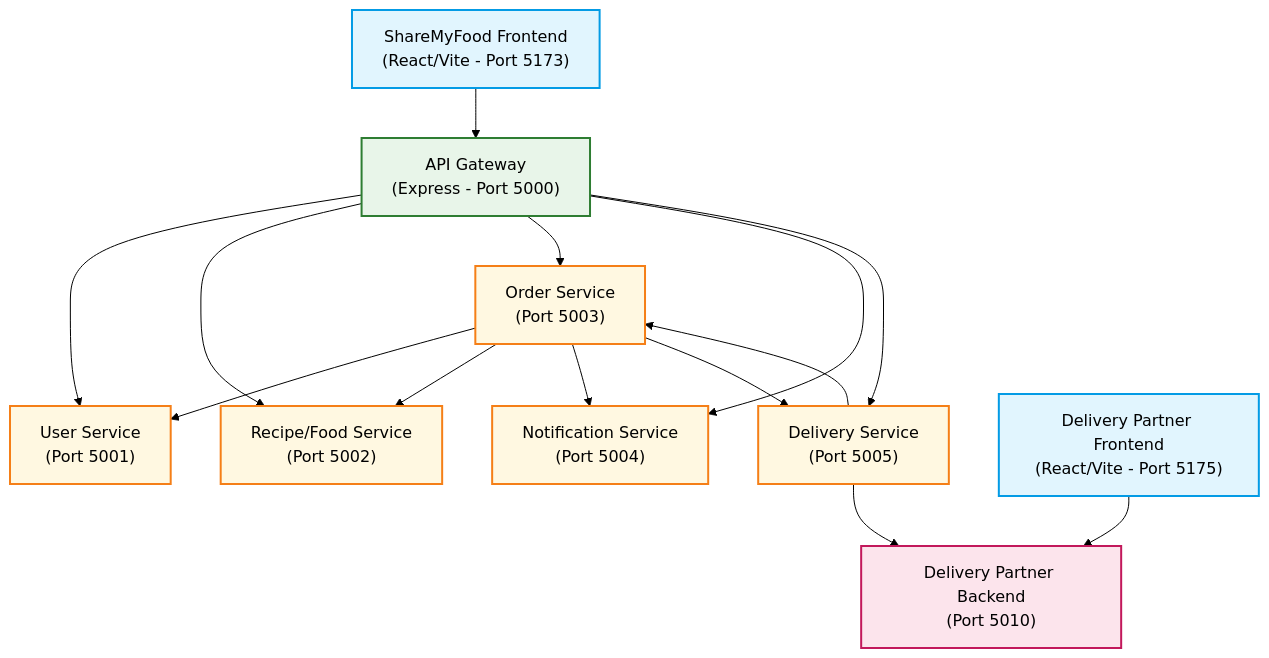
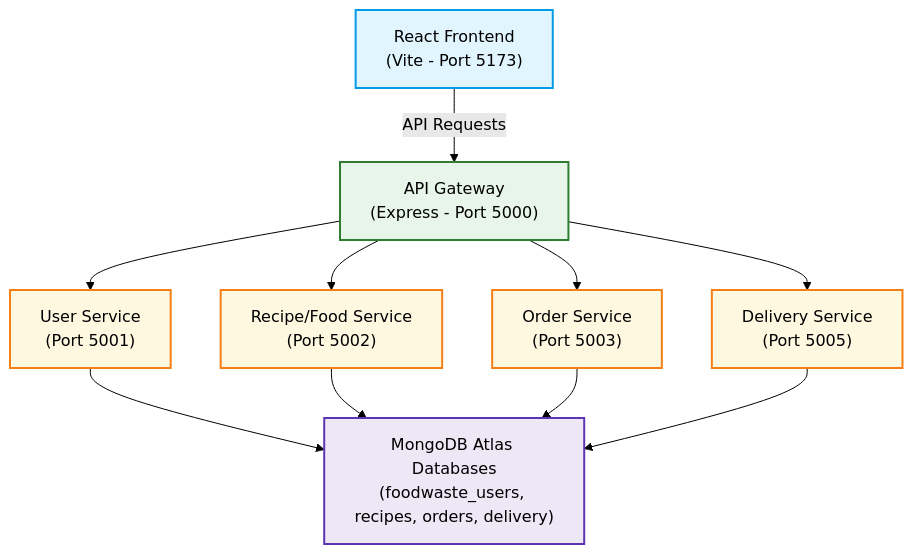
The diagram in README.md (dattahotur/ShareMyFood_APP), drawn with Mermaid (forest theme) before and after one commit. The commit also changed other lines of this file, not shown here.

Commit message:
Add professional ShareMyFood README

````diff
--- a/README.md
+++ b/README.md
@@ -11,38 +30,31 @@
 ```mermaid
 graph TD
     %% Styling
     classDef main fill:#e1f5fe,stroke:#039be5,stroke-width:2px;
     classDef gateway fill:#e8f5e9,stroke:#2e7d32,stroke-width:2px;
     classDef service fill:#fff8e1,stroke:#f57f17,stroke-width:2px;
-    classDef partner fill:#fce4ec,stroke:#c2185b,stroke-width:2px;
+    classDef db fill:#ede7f6,stroke:#5e35b1,stroke-width:2px;
 
-    Client["ShareMyFood Frontend<br>(React/Vite - Port 5173)"]:::main
+    Client["React Frontend<br>(Vite - Port 5173)"]:::main
     Gateway["API Gateway<br>(Express - Port 5000)"]:::gateway
     
     UserSvc["User Service<br>(Port 5001)"]:::service
     RecipeSvc["Recipe/Food Service<br>(Port 5002)"]:::service
     OrderSvc["Order Service<br>(Port 5003)"]:::service
-    NotifSvc["Notification Service<br>(Port 5004)"]:::service
     DeliverySvc["Delivery Service<br>(Port 5005)"]:::service
-
-    PartnerClient["Delivery Partner Frontend<br>(React/Vite - Port 5175)"]:::main
-    PartnerSvc["Delivery Partner Backend<br>(Port 5010)"]:::partner
+    
+    Atlas["MongoDB Atlas Databases<br>(foodwaste_users, recipes, orders, delivery)"]:::db
 
     %% Routing
-    Client --> Gateway
+    Client -->|API Requests| Gateway
     Gateway --> UserSvc
     Gateway --> RecipeSvc
     Gateway --> OrderSvc
-    Gateway --> NotifSvc
     Gateway --> DeliverySvc
 
-    %% Internal Communication
-    OrderSvc --> UserSvc
-    OrderSvc --> RecipeSvc
-    OrderSvc --> NotifSvc
-    OrderSvc --> DeliverySvc
-    
-    DeliverySvc --> OrderSvc
-    DeliverySvc --> PartnerSvc
-    PartnerClient --> PartnerSvc
+    %% DB Connections
+    UserSvc --> Atlas
+    RecipeSvc --> Atlas
+    OrderSvc --> Atlas
+    DeliverySvc --> Atlas
 ```
````
